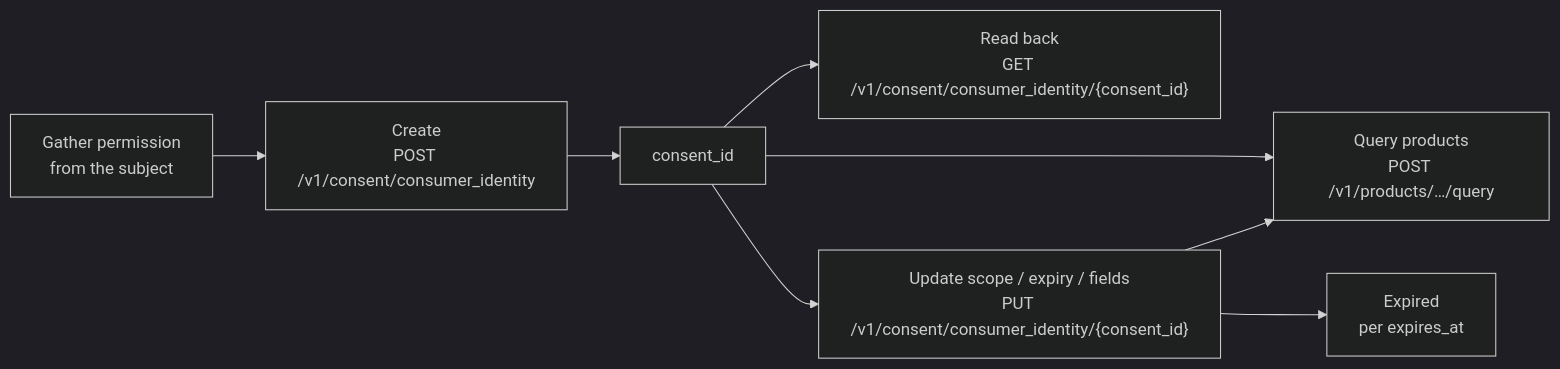
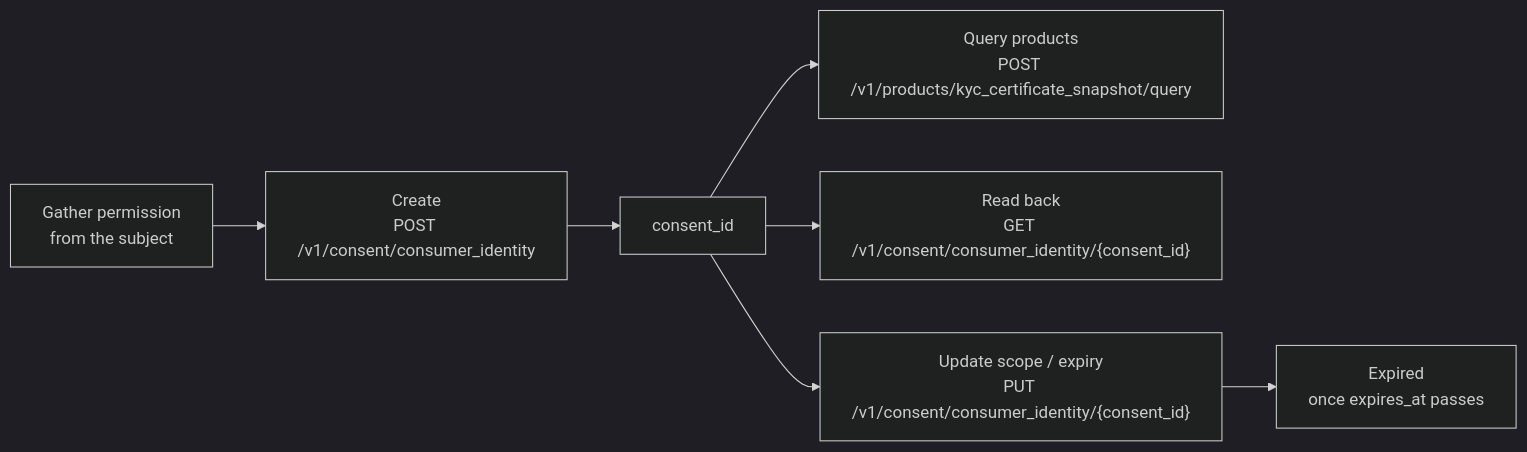
One commit to solo-finance/docs changed the diagram in concepts/identity/consent.mdx. Above: the diagram before and after it, drawn with Mermaid (dark theme). The commit also changed other lines of this file and 190 other files, not shown here.

````diff
--- a/concepts/identity/consent.mdx
+++ b/concepts/identity/consent.mdx
@@ -32,10 +29,9 @@
 ```mermaid
 flowchart LR
     A[Gather permission<br/>from the subject] --> B["Create<br/>POST /v1/consent/consumer_identity"]
     B --> C[consent_id]
-    C --> D["Query products<br/>POST /v1/products/…/query"]
+    C --> D["Query products<br/>POST /v1/products/kyc_certificate_snapshot/query"]
     C --> E["Read back<br/>GET /v1/consent/consumer_identity/{consent_id}"]
-    C --> F["Update scope / expiry / fields<br/>PUT /v1/consent/consumer_identity/{consent_id}"]
-    F --> D
-    F --> G[Expired<br/>per expires_at]
+    C --> F["Update scope / expiry<br/>PUT /v1/consent/consumer_identity/{consent_id}"]
+    F --> G[Expired<br/>once expires_at passes]
 ```
````
